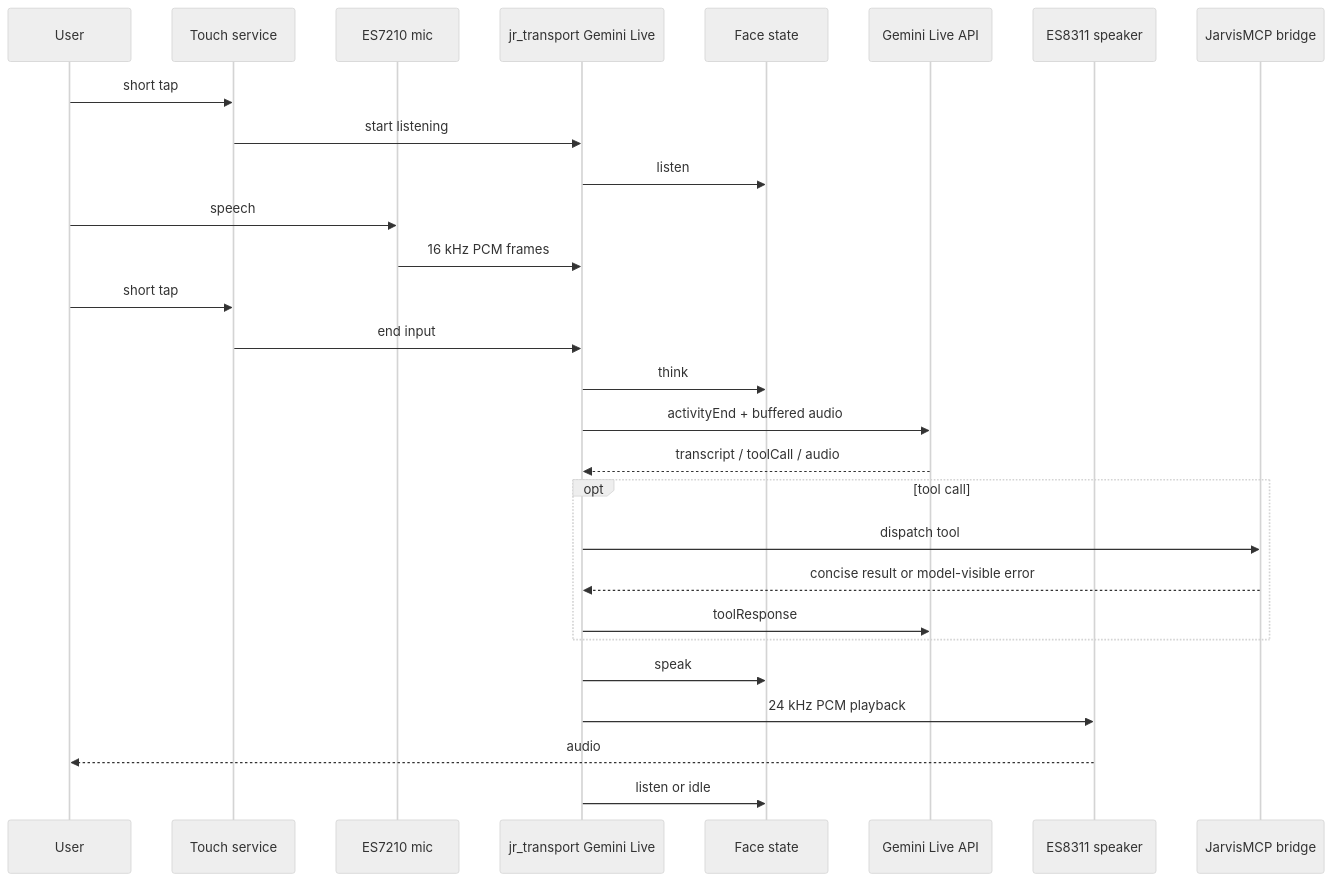
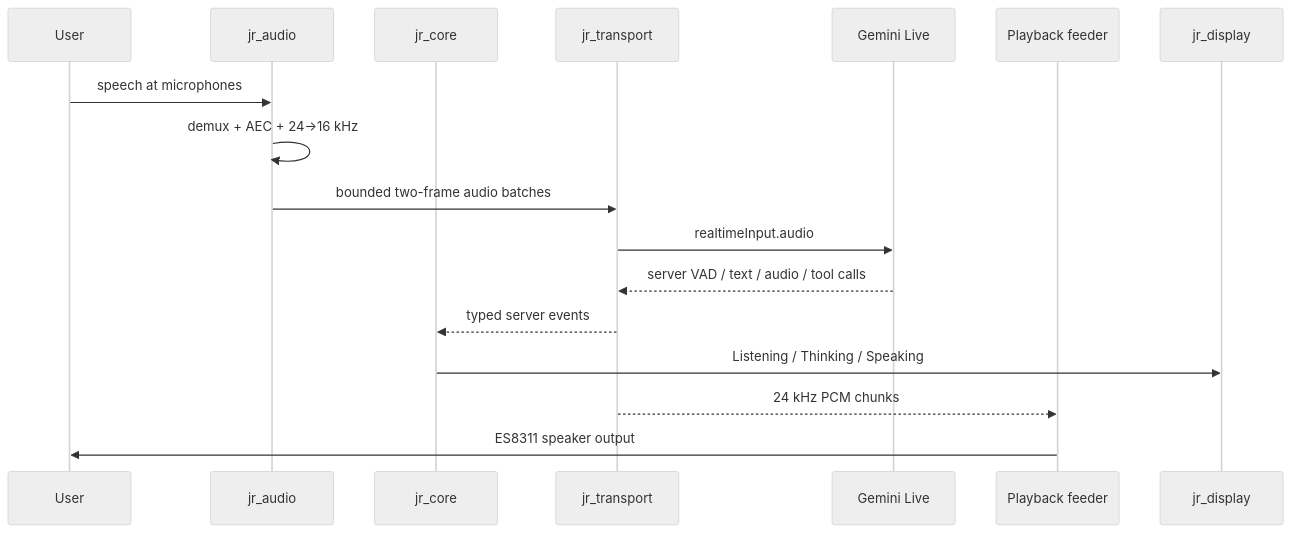
One commit to PascalAI2024/JarvisNano changed the second of 4 diagrams in docs/ARCHITECTURE.md. Above: the diagram before and after it, drawn with Mermaid (neutral theme). The commit also changed other lines of this file and 114 other files, not shown here.

````diff
--- a/docs/ARCHITECTURE.md
+++ b/docs/ARCHITECTURE.md
@@ -111,31 +84,20 @@
 ```mermaid
 sequenceDiagram
     participant U as User
-    participant T as Touch service
-    participant A as ES7210 mic
-    participant GL as jr_transport Gemini Live
-    participant F as Face state
-    participant G as Gemini Live API
-    participant S as ES8311 speaker
-    participant M as JarvisMCP bridge
+    participant A as jr_audio
+    participant C as jr_core
+    participant T as jr_transport
+    participant G as Gemini Live
+    participant P as Playback feeder
+    participant D as jr_display
 
-    U->>T: short tap
-    T->>GL: start listening
-    GL->>F: listen
-    U->>A: speech
-    A->>GL: 16 kHz PCM frames
-    U->>T: short tap
-    T->>GL: end input
-    GL->>F: think
-    GL->>G: activityEnd + buffered audio
-    G-->>GL: transcript / toolCall / audio
-    opt tool call
-        GL->>M: dispatch tool
-        M-->>GL: concise result or model-visible error
-        GL->>G: toolResponse
-    end
-    GL->>F: speak
-    GL->>S: 24 kHz PCM playback
-    S-->>U: audio
-    GL->>F: listen or idle
+    U->>A: speech at microphones
+    A->>A: demux + AEC + 24→16 kHz
+    A->>T: bounded two-frame audio batches
+    T->>G: realtimeInput.audio
+    G-->>T: server VAD / text / audio / tool calls
+    T-->>C: typed server events
+    C->>D: Listening / Thinking / Speaking
+    T-->>P: 24 kHz PCM chunks
+    P->>U: ES8311 speaker output
 ```
````
